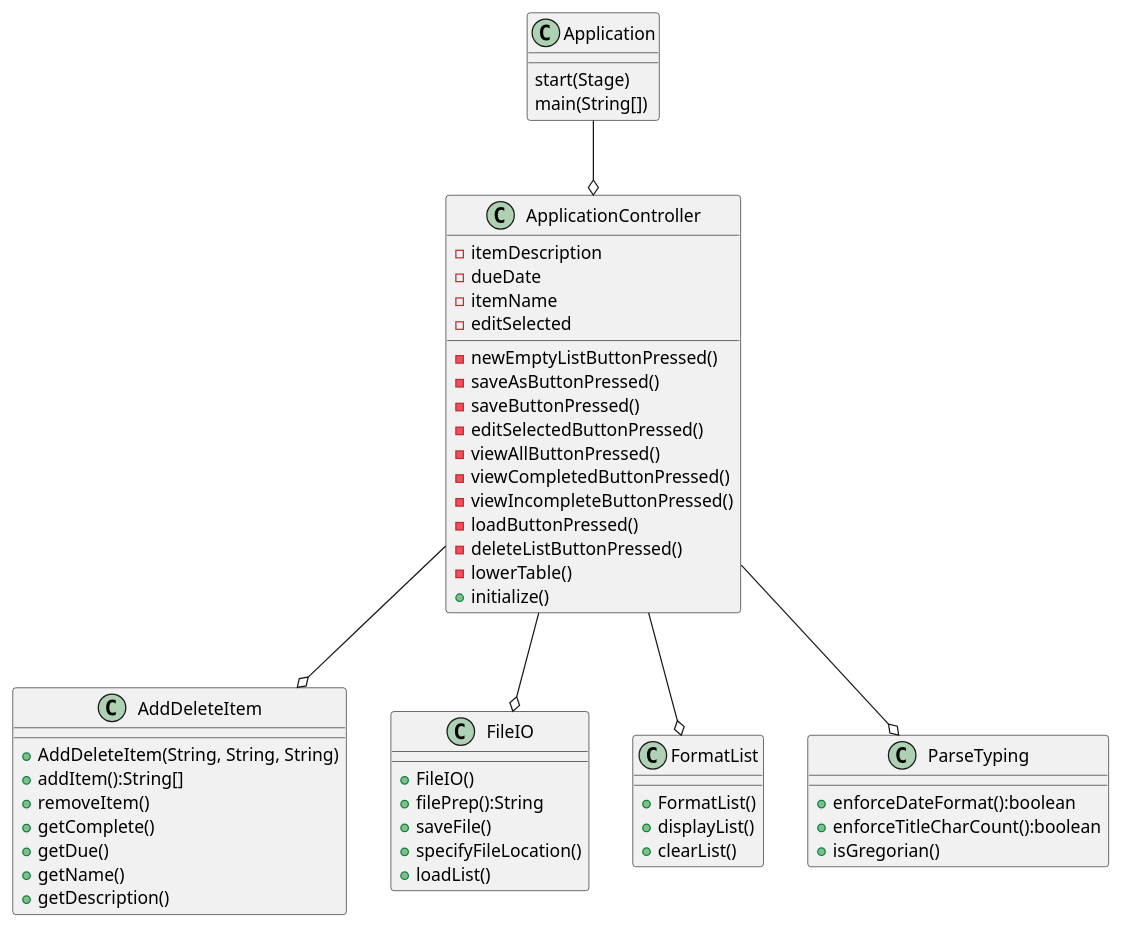
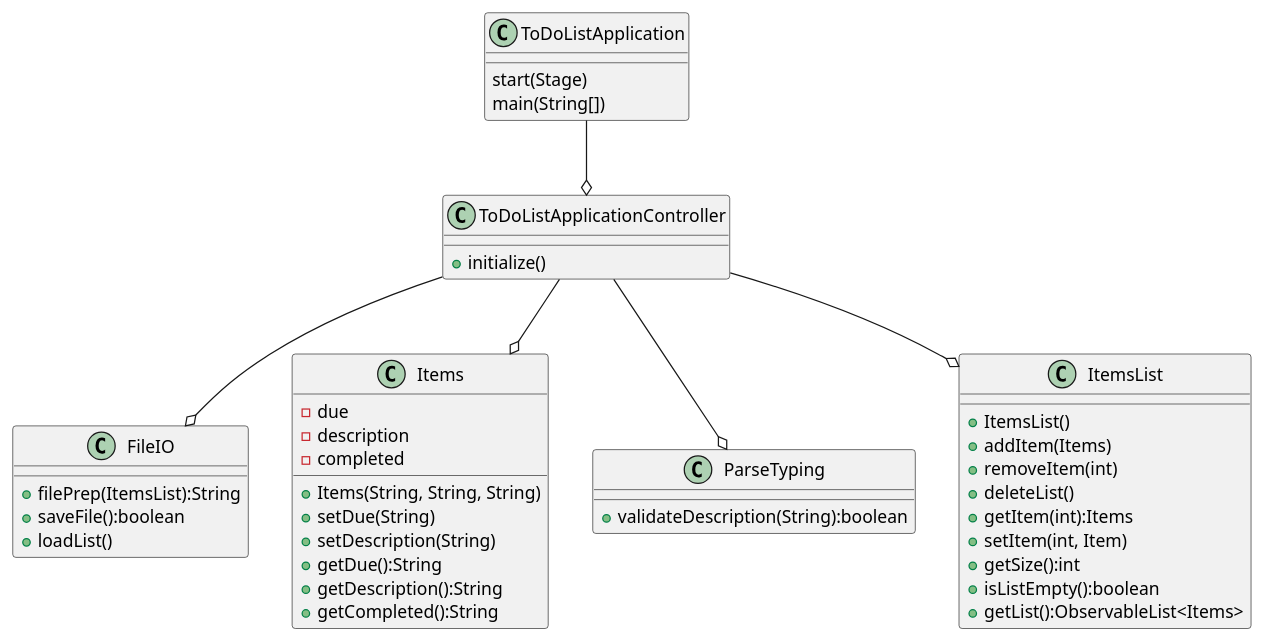
One commit to jad714/davis-app1-impl changed the diagram in application1.2/docs/Application.puml. Above: the diagram before and after it, drawn with PlantUML. The commit also changed 7 other files, not shown here.

```diff
--- a/application1.2/docs/Application.puml
+++ b/application1.2/docs/Application.puml
@@ -1,66 +1,55 @@
 @startuml
 'https://plantuml.com/sequence-diagram
-class Application{
+class ToDoListApplication{
     start(Stage)
     main(String[])
 }
 
-class ApplicationController{
-    -itemDescription
-    -dueDate
-    -itemName
-    -editSelected
-    -newEmptyListButtonPressed()
-    -saveAsButtonPressed()
-    -saveButtonPressed()
-    -editSelectedButtonPressed()
-    -viewAllButtonPressed()
-    -viewCompletedButtonPressed()
-    -viewIncompleteButtonPressed()
-    -loadButtonPressed()
-    -deleteListButtonPressed()
-    -lowerTable()
+class ToDoListApplicationController{
     +initialize()
 }
+ToDoListApplication --o ToDoListApplicationController
 
-Application --o ApplicationController
-
-Class AddDeleteItem{
-    +AddDeleteItem(String, String, String)
-    +addItem():String[]
-    +removeItem()
-    +getComplete()
-    +getDue()
-    +getName()
-    +getDescription()
-}
-
-ApplicationController --o AddDeleteItem
-
-Class FileIO{
-    +FileIO()
-    +filePrep():String
-    +saveFile()
-    +specifyFileLocation()
+class FileIO{
+    +filePrep(ItemsList):String
+    +saveFile():boolean
     +loadList()
 }
 
-ApplicationController --o FileIO
+ToDoListApplicationController --o FileIO
 
-Class FormatList{
-    +FormatList()
-    +displayList()
-    +clearList()
+class Items{
+    +Items(String, String, String)
+    -due
+    -description
+    -completed
+    +setDue(String)
+    +setDescription(String)
+    +getDue():String
+    +getDescription():String
+    +getCompleted():String
 }
 
-ApplicationController --o FormatList
+ToDoListApplicationController --o Items
 
-Class ParseTyping{
-    +enforceDateFormat():boolean
-    +enforceTitleCharCount():boolean
-    +isGregorian()
+class ParseTyping{
+    +validateDescription(String):boolean
 }
 
-ApplicationController --o ParseTyping
+ToDoListApplicationController --o ParseTyping
+
+class ItemsList{
+    +ItemsList()
+    +addItem(Items)
+    +removeItem(int)
+    +deleteList()
+    +getItem(int):Items
+    +setItem(int, Item)
+    +getSize():int
+    +isListEmpty():boolean
+    +getList():ObservableList<Items>
+}
+
+ToDoListApplicationController --o ItemsList
 
 @enduml
```
